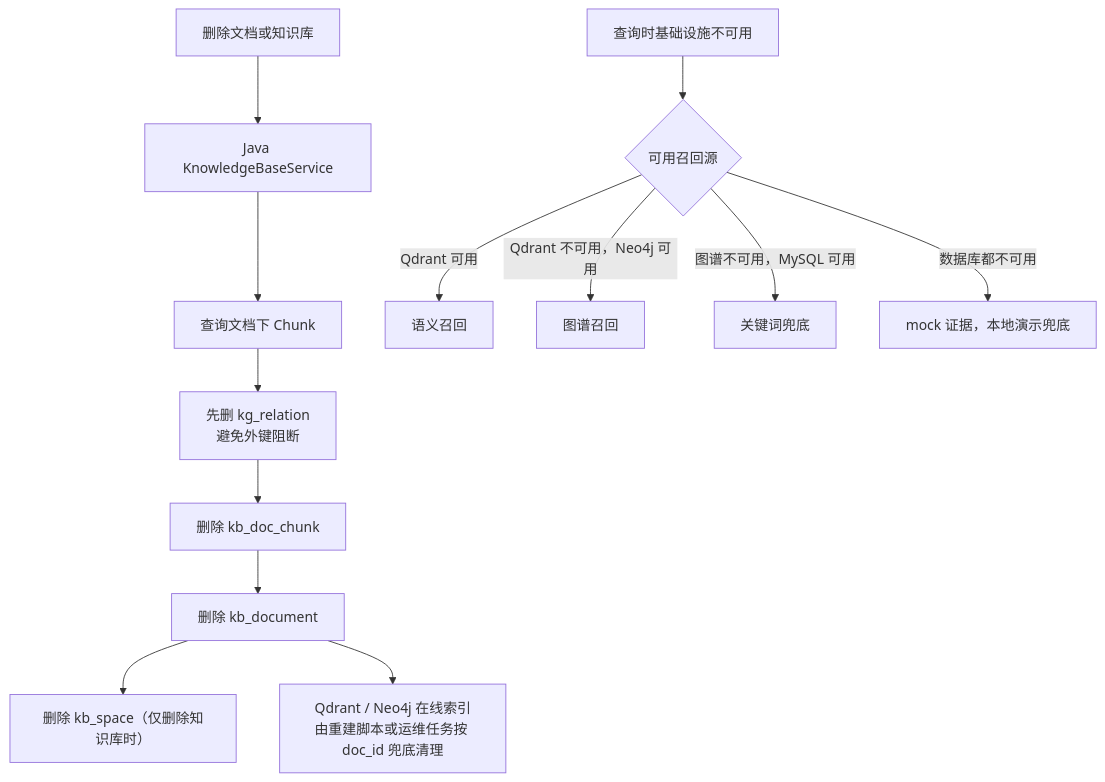
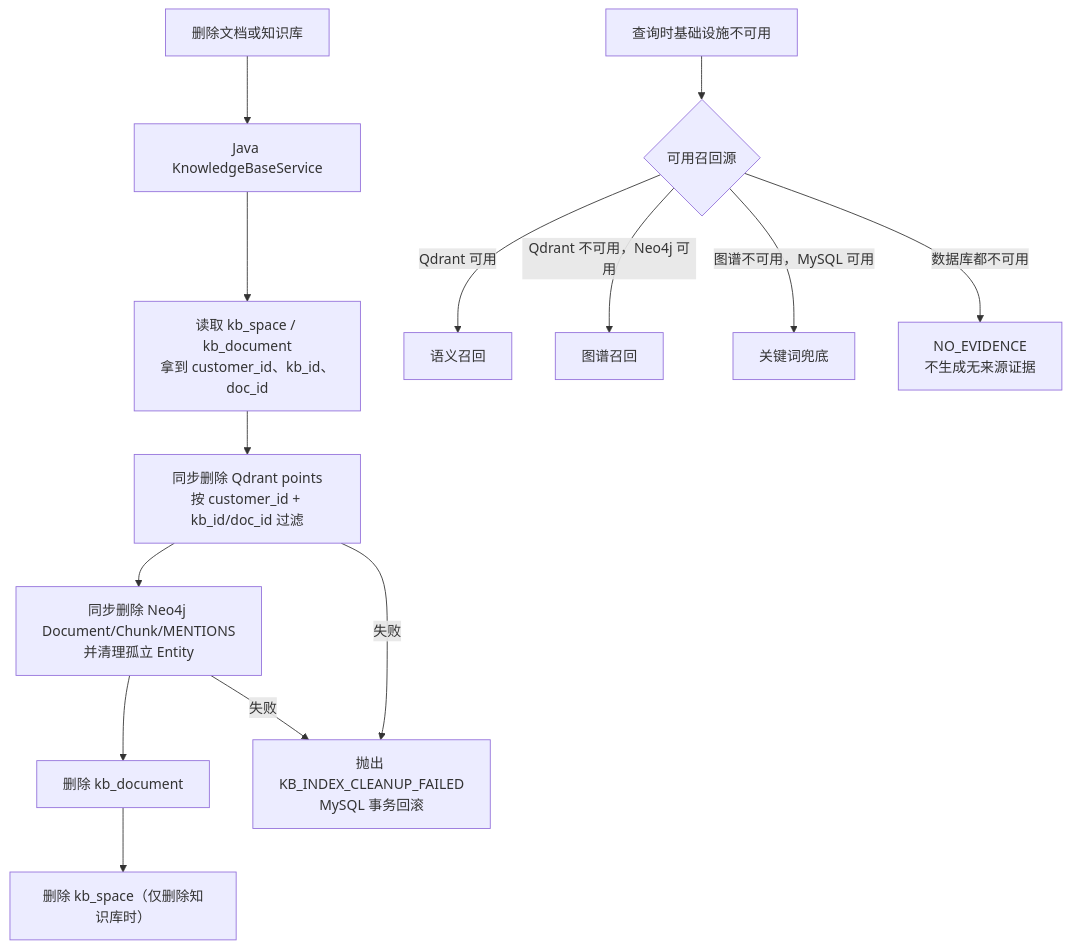
The sixth of 6 diagrams in docs/KB_OPERATION_FLOW.md (CarlosYonng/ai-agent-portfolio), drawn with Mermaid before and after one commit. The commit also changed other lines of this file and 271 other files, not shown here.

````diff
--- a/docs/KB_OPERATION_FLOW.md
+++ b/docs/KB_OPERATION_FLOW.md
@@ -144,16 +140,17 @@
 ```mermaid
 flowchart TD
     A["删除文档或知识库"] --> B["Java KnowledgeBaseService"]
-    B --> C["查询文档下 Chunk"]
-    C --> D["先删 kg_relation<br/>避免外键阻断"]
-    D --> E["删除 kb_doc_chunk"]
+    B --> C["读取 kb_space / kb_document<br/>拿到 customer_id、kb_id、doc_id"]
+    C --> D["同步删除 Qdrant points<br/>按 customer_id + kb_id/doc_id 过滤"]
+    D --> E["同步删除 Neo4j Document/Chunk/MENTIONS<br/>并清理孤立 Entity"]
     E --> F["删除 kb_document"]
     F --> G["删除 kb_space（仅删除知识库时）"]
-    F --> H["Qdrant / Neo4j 在线索引<br/>由重建脚本或运维任务按 doc_id 兜底清理"]
+    D -->|失败| X["抛出 KB_INDEX_CLEANUP_FAILED<br/>MySQL 事务回滚"]
+    E -->|失败| X
 
     I["查询时基础设施不可用"] --> J{可用召回源}
     J -->|Qdrant 可用| K["语义召回"]
     J -->|Qdrant 不可用，Neo4j 可用| L["图谱召回"]
     J -->|图谱不可用，MySQL 可用| M["关键词兜底"]
-    J -->|数据库都不可用| N["mock 证据，本地演示兜底"]
+    J -->|数据库都不可用| N["NO_EVIDENCE<br/>不生成无来源证据"]
 ```
````
